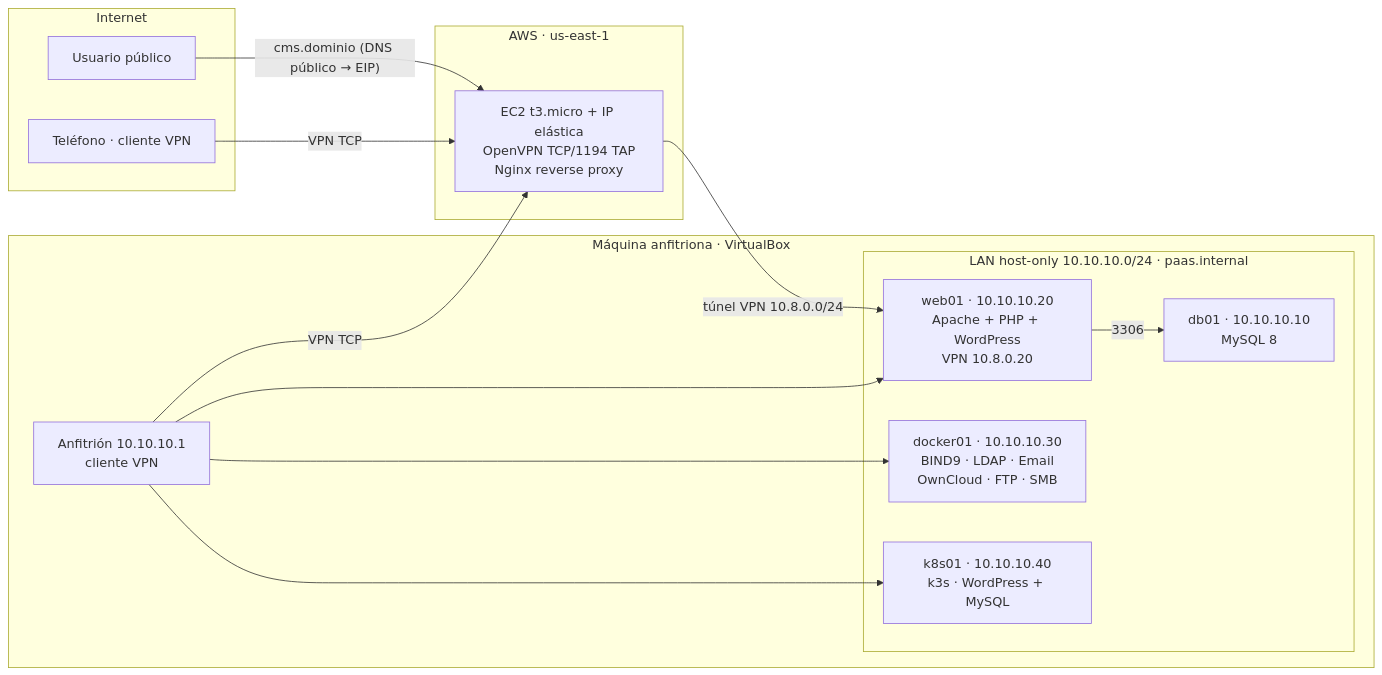
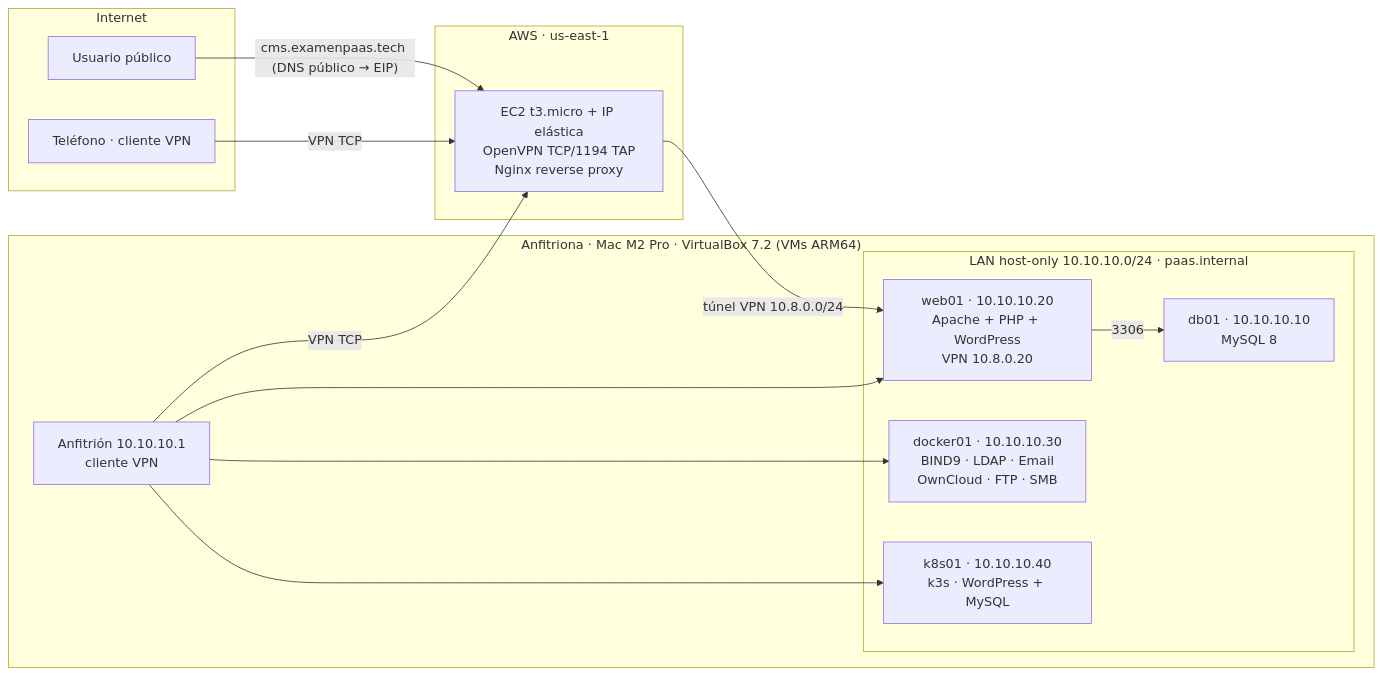
The diagram in README.md (An-Gi/Examen-Paas), drawn with Mermaid before and after one commit. The commit also changed other lines of this file and 14 other files, not shown here.

First line of the commit message:
docs: roles, dominio examenpaas.tech e introducción (kick-off)

````diff
--- a/README.md
+++ b/README.md
@@ -25,27 +26,27 @@
 ```mermaid
 flowchart LR
   subgraph INTERNET["Internet"]
     U["Usuario público"]
     PH["Teléfono · cliente VPN"]
   end
   subgraph AWS["AWS · us-east-1"]
     EC2["EC2 t3.micro + IP elástica<br/>OpenVPN TCP/1194 TAP<br/>Nginx reverse proxy"]
   end
-  subgraph HOST["Máquina anfitriona · VirtualBox"]
+  subgraph HOST["Anfitriona · Mac M2 Pro · VirtualBox 7.2 (VMs ARM64)"]
     LAP["Anfitrión 10.10.10.1<br/>cliente VPN"]
     subgraph LAN["LAN host-only 10.10.10.0/24 · paas.internal"]
       DB["db01 · 10.10.10.10<br/>MySQL 8"]
       WEB["web01 · 10.10.10.20<br/>Apache + PHP + WordPress<br/>VPN 10.8.0.20"]
       DOCK["docker01 · 10.10.10.30<br/>BIND9 · LDAP · Email<br/>OwnCloud · FTP · SMB"]
       K8S["k8s01 · 10.10.10.40<br/>k3s · WordPress + MySQL"]
     end
   end
-  U -- "cms.dominio (DNS público → EIP)" --> EC2
+  U -- "cms.examenpaas.tech (DNS público → EIP)" --> EC2
   EC2 -- "túnel VPN 10.8.0.0/24" --> WEB
   PH -- "VPN TCP" --> EC2
   LAP -- "VPN TCP" --> EC2
   WEB -- "3306" --> DB
   LAP --> WEB
   LAP --> DOCK
   LAP --> K8S
 ```
````
